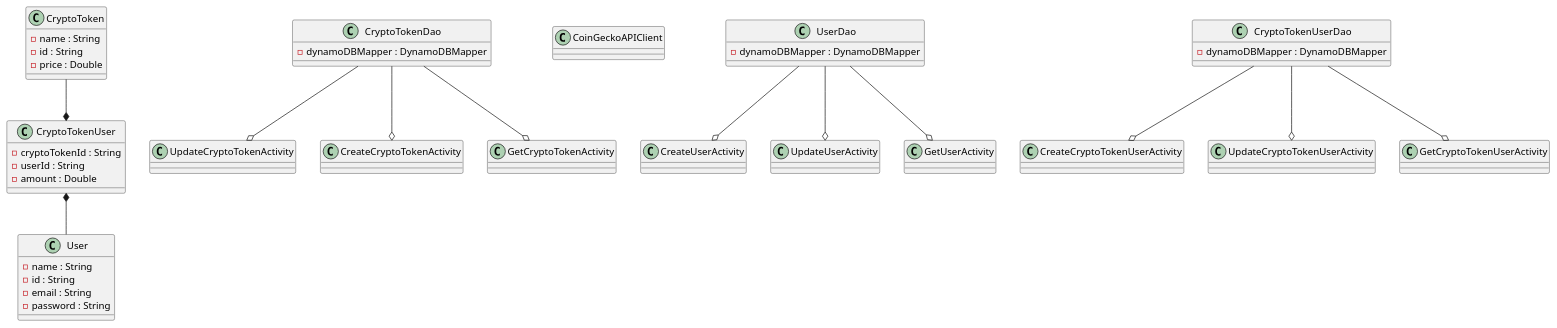
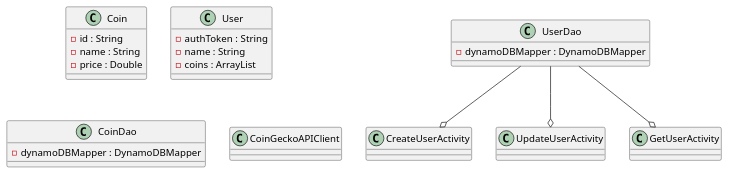
The diagram in project_documents/diagrams/BitcooooonectCD.puml (BloomTechBackend/bd-team-project-team-bitcoooonnect), drawn with PlantUML before and after one commit. The commit also changed 2 other files, not shown here.

```diff
--- a/project_documents/diagrams/BitcooooonectCD.puml
+++ b/project_documents/diagrams/BitcooooonectCD.puml
@@ -1,93 +1,42 @@
 @startuml
-class CryptoToken {
+class Coin {
+- id : String
 - name : String
-- id : String
 - price : Double
 }
 
-class CryptoTokenUser {
-- cryptoTokenId : String
-- userId : String
-- amount : Double
+class User {
+- authToken : String
+- name : String
+- coins : ArrayList
 }
 
-class User {
-- name : String
-- id : String
-- email : String
-- password : String
-}
-
-class CryptoTokenDao {
+class CoinDao {
 - dynamoDBMapper : DynamoDBMapper
 }
 
 class CoinGeckoAPIClient {
 
 }
 
 class UserDao {
 - dynamoDBMapper : DynamoDBMapper
-}
-
-class CryptoTokenUserDao {
-- dynamoDBMapper : DynamoDBMapper
-}
-
-class UpdateCryptoTokenActivity {
-
-}
-
-class CreateCryptoTokenActivity {
-
-}
-
-class GetCryptoTokenActivity {
-
-}
-
-class CreateCryptoTokenUserActivity {
-
-}
-
-class UpdateCryptoTokenUserActivity {
-
-}
-
-class GetCryptoTokenUserActivity {
-
 }
 
 class CreateUserActivity {
 
 }
 
 class UpdateUserActivity {
 
 }
 
 class GetUserActivity {
 
 }
 
-
-
-CryptoToken --* CryptoTokenUser
-CryptoTokenUser *-- User
-
-CryptoTokenDao --o UpdateCryptoTokenActivity
-CryptoTokenDao --o GetCryptoTokenActivity
-CryptoTokenDao --o CreateCryptoTokenActivity
-
-CryptoTokenUserDao --o UpdateCryptoTokenUserActivity
-CryptoTokenUserDao --o GetCryptoTokenUserActivity
-CryptoTokenUserDao --o CreateCryptoTokenUserActivity
-
 UserDao --o UpdateUserActivity
 UserDao --o CreateUserActivity
 UserDao --o GetUserActivity
 
-
-
-
 @enduml
```
